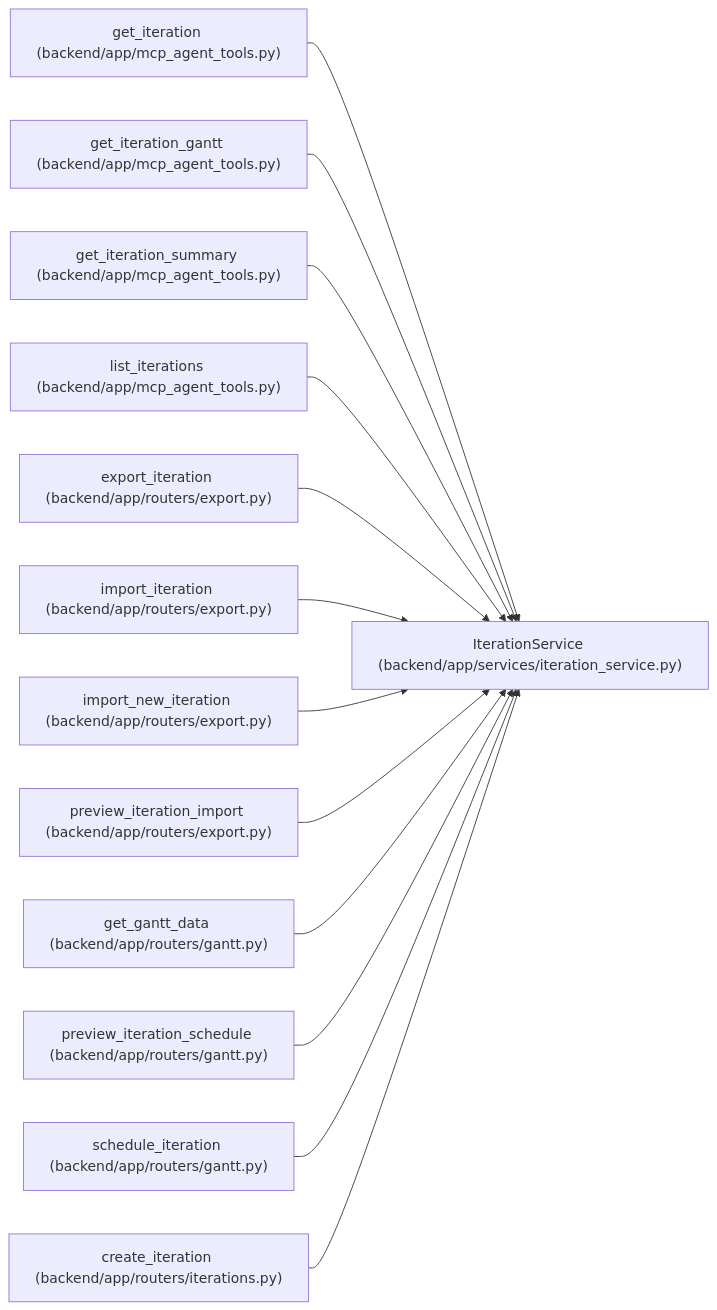
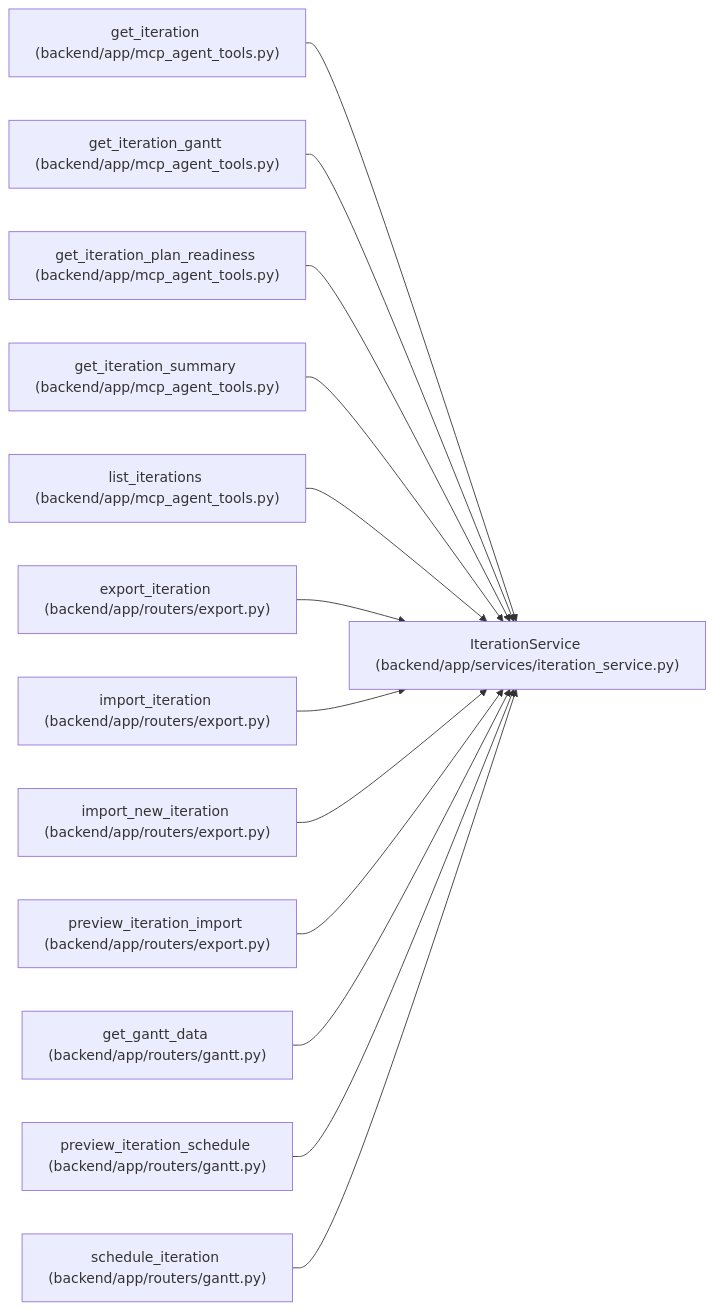
One commit to Denissvgn/WorkChord changed the diagram in docs/llm_wiki/entities/IterationService.md. Above: the diagram before and after it, drawn with Mermaid. The commit also changed other lines of this file and 843 other files, not shown here.

````diff
--- a/docs/llm_wiki/entities/IterationService.md
+++ b/docs/llm_wiki/entities/IterationService.md
@@ -48,41 +48,41 @@
 ```mermaid
 flowchart LR
     n0["IterationService (backend/app/services/iteration_service.py)"]
     n1["get_iteration (backend/app/mcp_agent_tools.py)"]
     n2["get_iteration_gantt (backend/app/mcp_agent_tools.py)"]
-    n3["get_iteration_summary (backend/app/mcp_agent_tools.py)"]
-    n4["list_iterations (backend/app/mcp_agent_tools.py)"]
-    n5["export_iteration (backend/app/routers/export.py)"]
-    n6["import_iteration (backend/app/routers/export.py)"]
-    n7["import_new_iteration (backend/app/routers/export.py)"]
-    n8["preview_iteration_import (backend/app/routers/export.py)"]
-    n9["get_gantt_data (backend/app/routers/gantt.py)"]
-    n10["preview_iteration_schedule (backend/app/routers/gantt.py)"]
-    n11["schedule_iteration (backend/app/routers/gantt.py)"]
-    n12["create_iteration (backend/app/routers/iterations.py)"]
+    n3["get_iteration_plan_readiness (backend/app/mcp_agent_tools.py)"]
+    n4["get_iteration_summary (backend/app/mcp_agent_tools.py)"]
+    n5["list_iterations (backend/app/mcp_agent_tools.py)"]
+    n6["export_iteration (backend/app/routers/export.py)"]
+    n7["import_iteration (backend/app/routers/export.py)"]
+    n8["import_new_iteration (backend/app/routers/export.py)"]
+    n9["preview_iteration_import (backend/app/routers/export.py)"]
+    n10["get_gantt_data (backend/app/routers/gantt.py)"]
+    n11["preview_iteration_schedule (backend/app/routers/gantt.py)"]
+    n12["schedule_iteration (backend/app/routers/gantt.py)"]
     n1 --> n0
     n2 --> n0
     n3 --> n0
     n4 --> n0
     n5 --> n0
     n6 --> n0
     n7 --> n0
     n8 --> n0
     n9 --> n0
     n10 --> n0
     n11 --> n0
     n12 --> n0
     click n0 "../modules/iteration_service.md"
     click n1 "../modules/mcp_agent_tools.md"
     click n2 "../modules/mcp_agent_tools.md"
     click n3 "../modules/mcp_agent_tools.md"
     click n4 "../modules/mcp_agent_tools.md"
-    click n5 "../modules/export.md"
+    click n5 "../modules/mcp_agent_tools.md"
     click n6 "../modules/export.md"
     click n7 "../modules/export.md"
     click n8 "../modules/export.md"
-    click n9 "../modules/routers_gantt.md"
+    click n9 "../modules/export.md"
     click n10 "../modules/routers_gantt.md"
     click n11 "../modules/routers_gantt.md"
-    click n12 "../modules/iterations.md"
+    click n12 "../modules/routers_gantt.md"
 ```
````
